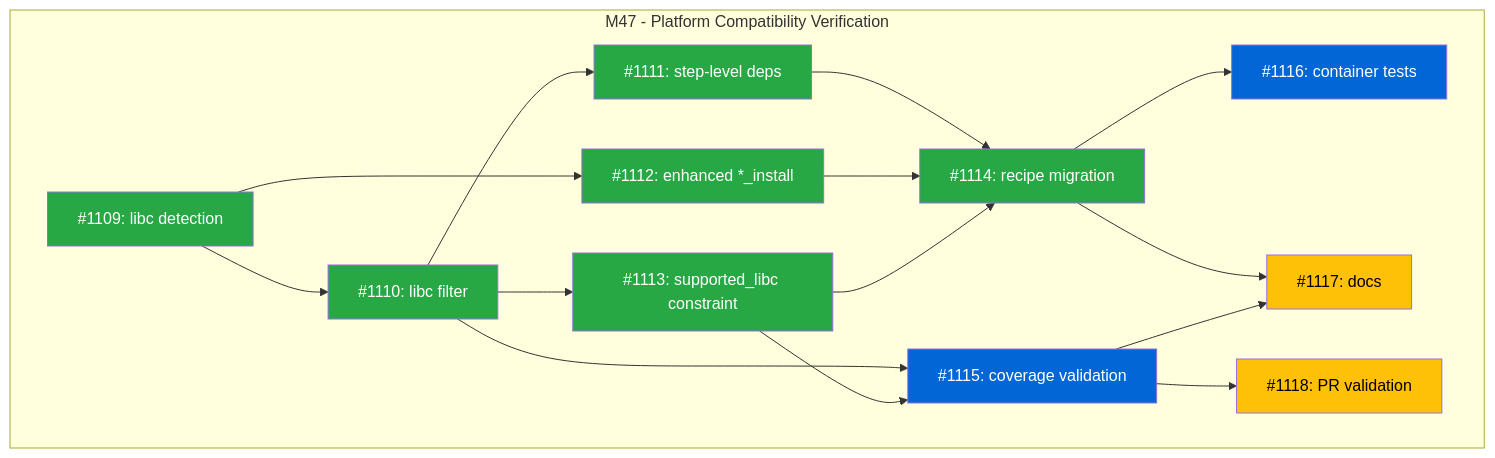
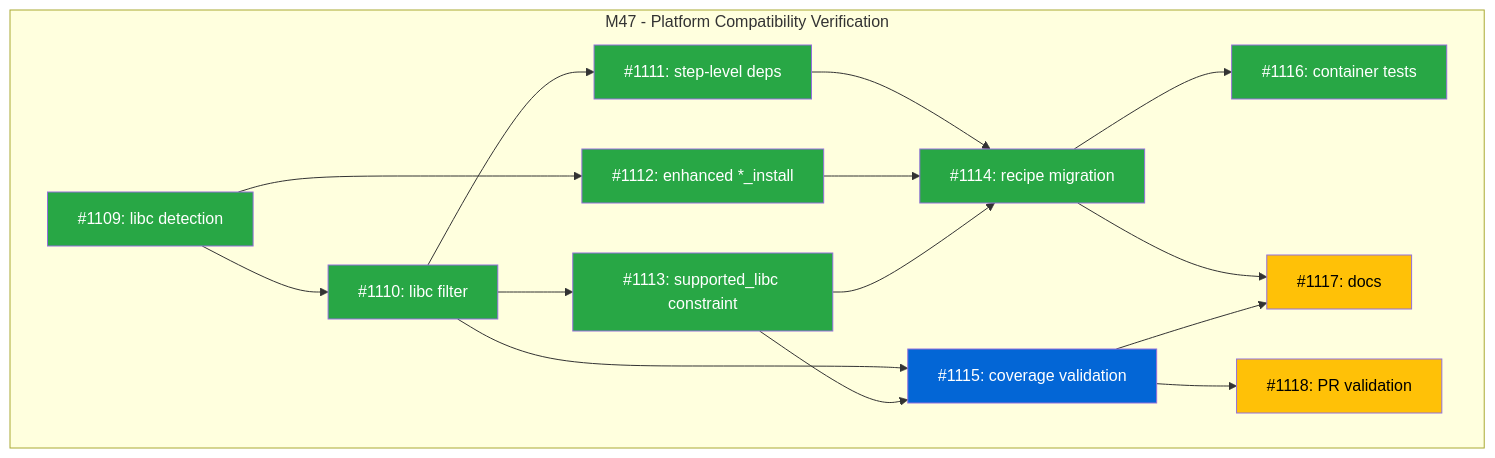
The diagram in docs/designs/DESIGN-platform-compatibility-verification.md (tsukumogami/tsuku), drawn with Mermaid before and after one commit. The commit also changed 5 other files, not shown here.

First line of the commit message:
ci: add container integration tests for glibc and musl (#1137)

````diff
--- a/docs/designs/DESIGN-platform-compatibility-verification.md
+++ b/docs/designs/DESIGN-platform-compatibility-verification.md
@@ -29,34 +29,34 @@
 ```mermaid
 graph TD
     subgraph "M47 - Platform Compatibility Verification"
         I1109["#1109: libc detection"]:::done
         I1110["#1110: libc filter"]:::done
         I1111["#1111: step-level deps"]:::done
         I1112["#1112: enhanced *_install"]:::done
         I1113["#1113: supported_libc constraint"]:::done
         I1114["#1114: recipe migration"]:::done
         I1115["#1115: coverage validation"]:::ready
-        I1116["#1116: container tests"]:::ready
+        I1116["#1116: container tests"]:::done
         I1117["#1117: docs"]:::blocked
         I1118["#1118: PR validation"]:::blocked
 
         I1109 --> I1110
         I1109 --> I1112
         I1110 --> I1111
         I1110 --> I1113
         I1110 --> I1115
         I1111 --> I1114
         I1112 --> I1114
         I1113 --> I1114
         I1113 --> I1115
         I1114 --> I1116
         I1114 --> I1117
         I1115 --> I1117
         I1115 --> I1118
     end
 
     classDef done fill:#28a745,color:#fff
     classDef ready fill:#0366d6,color:#fff
     classDef blocked fill:#ffc107,color:#000
     classDef needsDesign fill:#6f42c1,color:#fff
 ```
````
